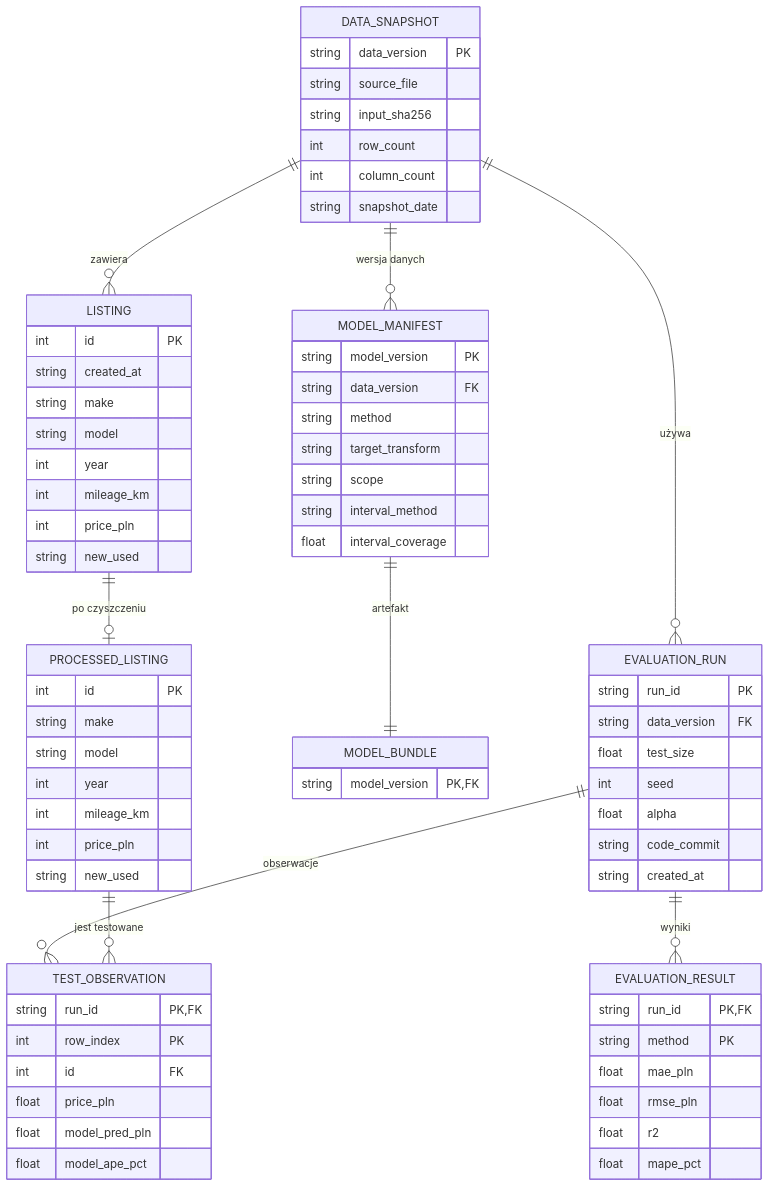
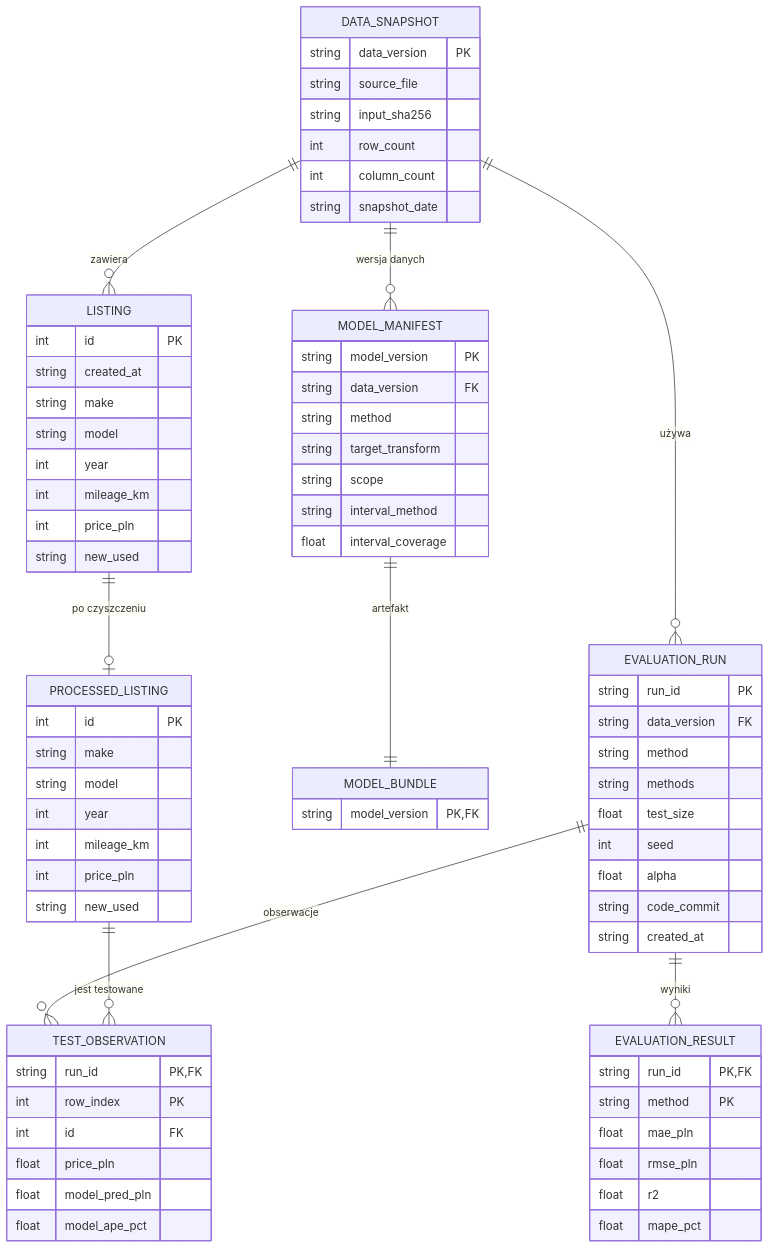
One commit to kollekka/Marabuty changed the diagram in docs/diagrams/data-model-erd.mmd. Above: the diagram before and after it, drawn with Mermaid. The commit also changed 1 other file, not shown here.

```diff
--- a/docs/diagrams/data-model-erd.mmd
+++ b/docs/diagrams/data-model-erd.mmd
@@ -1,81 +1,83 @@
 erDiagram
     DATA_SNAPSHOT {
         string data_version PK
         string source_file
         string input_sha256
         int row_count
         int column_count
         string snapshot_date
     }
 
     LISTING {
         int id PK
         string created_at
         string make
         string model
         int year
         int mileage_km
         int price_pln
         string new_used
     }
 
     PROCESSED_LISTING {
         int id PK
         string make
         string model
         int year
         int mileage_km
         int price_pln
         string new_used
     }
 
     MODEL_MANIFEST {
         string model_version PK
         string data_version FK
         string method
         string target_transform
         string scope
         string interval_method
         float interval_coverage
     }
 
     MODEL_BUNDLE {
         string model_version PK, FK
     }
 
     EVALUATION_RUN {
         string run_id PK
         string data_version FK
+        string method
+        string methods
         float test_size
         int seed
         float alpha
         string code_commit
         string created_at
     }
 
     EVALUATION_RESULT {
         string run_id PK, FK
         string method PK
         float mae_pln
         float rmse_pln
         float r2
         float mape_pct
     }
 
     TEST_OBSERVATION {
         string run_id PK, FK
         int row_index PK
         int id FK
         float price_pln
         float model_pred_pln
         float model_ape_pct
     }
 
     DATA_SNAPSHOT ||--o{ LISTING : "zawiera"
     LISTING ||--o| PROCESSED_LISTING : "po czyszczeniu"
     DATA_SNAPSHOT ||--o{ MODEL_MANIFEST : "wersja danych"
     MODEL_MANIFEST ||--|| MODEL_BUNDLE : "artefakt"
     DATA_SNAPSHOT ||--o{ EVALUATION_RUN : "używa"
     EVALUATION_RUN ||--o{ EVALUATION_RESULT : "wyniki"
     EVALUATION_RUN ||--o{ TEST_OBSERVATION : "obserwacje"
     PROCESSED_LISTING ||--o{ TEST_OBSERVATION : "jest testowane"
```
